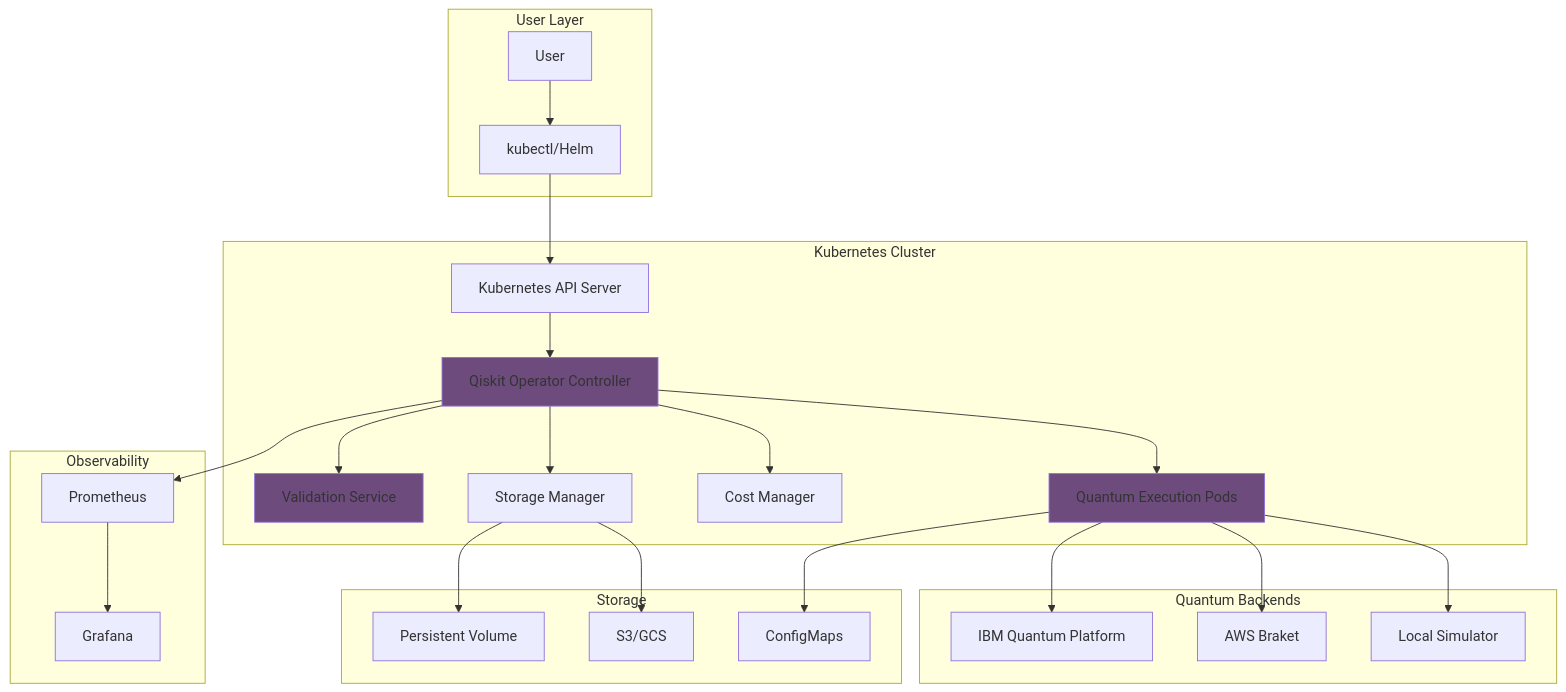
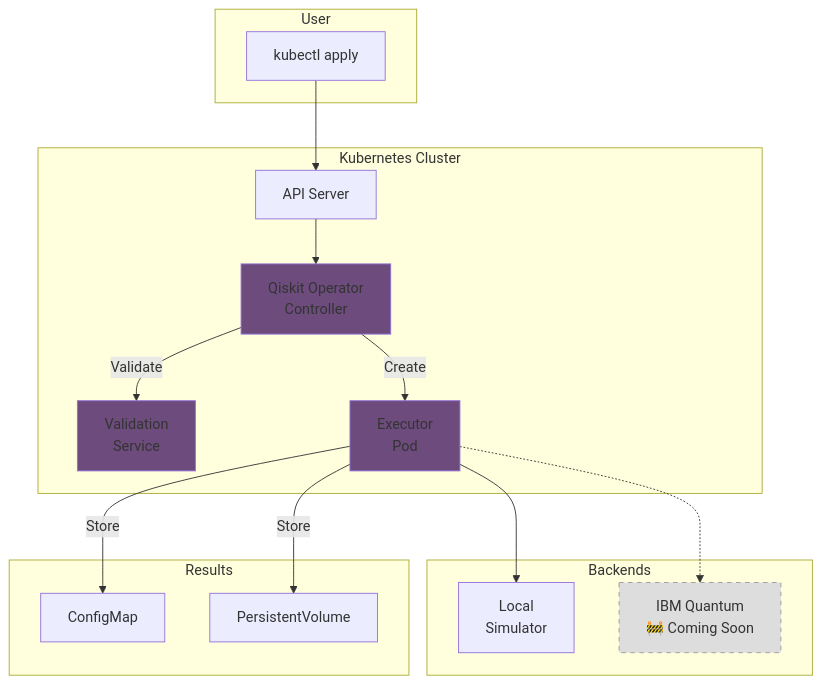
One commit to sudeshmu/quiskit-operator-docs changed the diagram in docs/index.md. Above: the diagram before and after it, drawn with Mermaid. The commit also changed other lines of this file and 18 other files, not shown here.

````diff
--- a/docs/index.md
+++ b/docs/index.md
@@ -150,36 +110,37 @@
 ```mermaid
 graph TB
-    subgraph "User Layer"
-        U[User] --> K[kubectl/Helm]
+    subgraph "User"
+        U[kubectl apply]
     end
     
     subgraph "Kubernetes Cluster"
-        K --> API[Kubernetes API Server]
-        API --> OP[Qiskit Operator Controller]
-        OP --> VS[Validation Service]
-        OP --> POD[Quantum Execution Pods]
-        OP --> CM[Cost Manager]
-        OP --> SM[Storage Manager]
+        API[API Server]
+        OP[Qiskit Operator<br/>Controller]
+        VS[Validation<br/>Service]
+        POD[Executor<br/>Pod]
     end
     
-    subgraph "Quantum Backends"
-        POD --> IBM[IBM Quantum Platform]
-        POD --> AWS[AWS Braket]
-        POD --> LOCAL[Local Simulator]
+    subgraph "Backends"
+        SIM[Local<br/>Simulator]
+        IBM[IBM Quantum<br/>🚧 Coming Soon]
     end
     
-    subgraph "Observability"
-        OP --> PROM[Prometheus]
-        PROM --> GRAF[Grafana]
+    subgraph "Results"
+        CM[ConfigMap]
+        PVC[PersistentVolume]
     end
     
-    subgraph "Storage"
-        SM --> PVC[Persistent Volume]
-        SM --> S3[S3/GCS]
-        POD --> CFG[ConfigMaps]
-    end
+    U --> API
+    API --> OP
+    OP -->|Validate| VS
+    OP -->|Create| POD
+    POD --> SIM
+    POD -.-> IBM
+    POD -->|Store| CM
+    POD -->|Store| PVC
     
     style OP fill:#6d4c7d
     style VS fill:#6d4c7d
     style POD fill:#6d4c7d
+    style IBM fill:#ddd,stroke:#999,stroke-dasharray: 5 5
 ```
````
